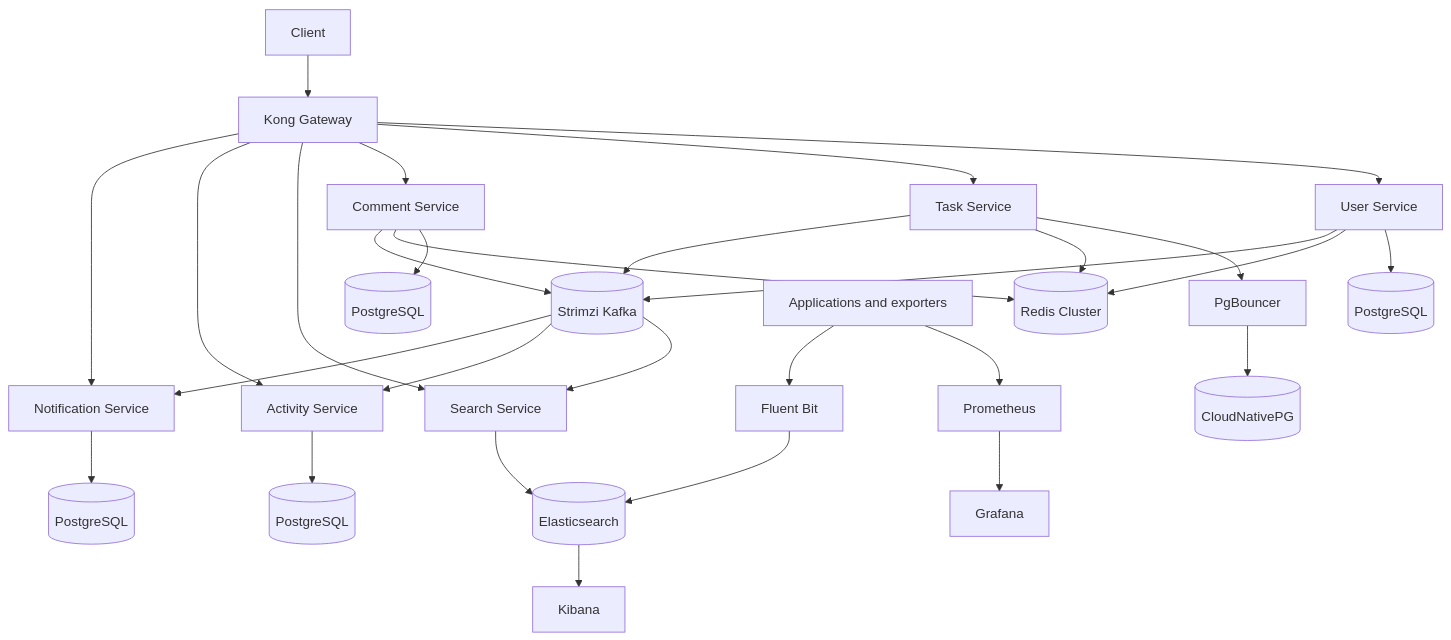
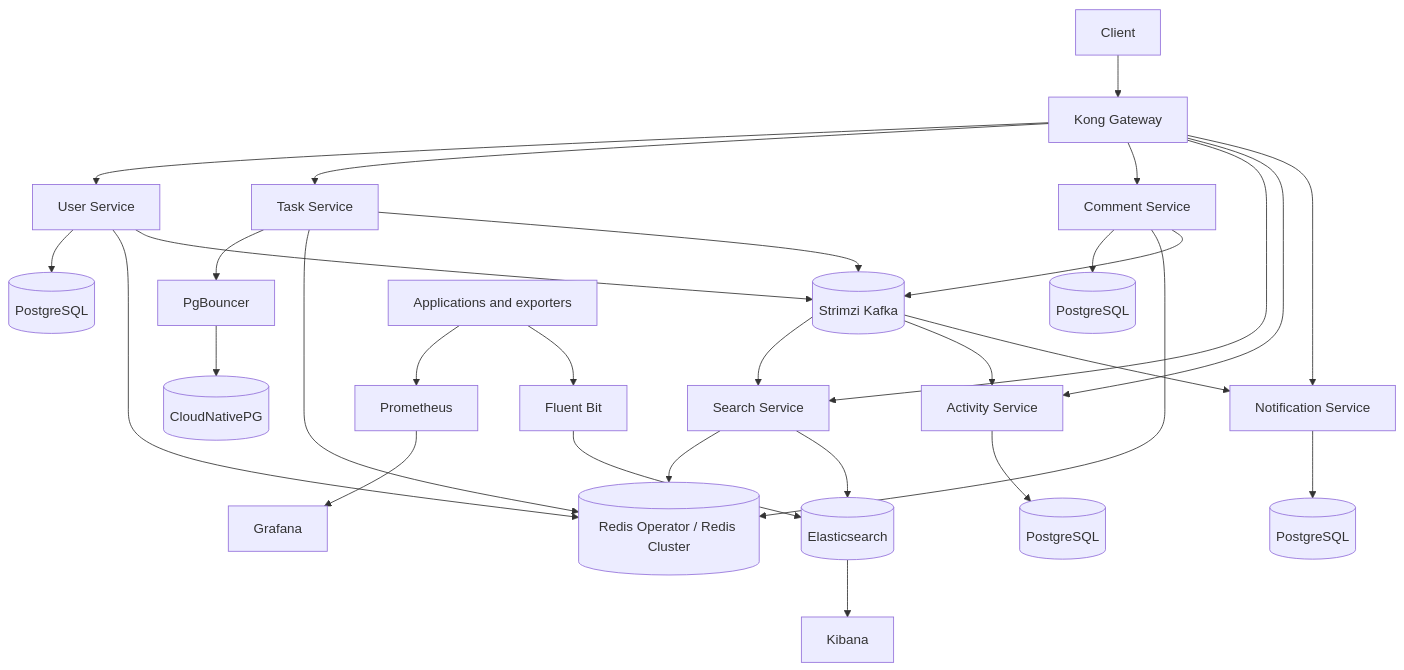
One commit to wolfixor/full-microservice-kubernetes-compose changed the diagram in README.md. Above: the diagram before and after it, drawn with Mermaid. The commit also changed other lines of this file and 7 other files, not shown here.

Commit message:
document operator-managed redis flow

````diff
--- a/README.md
+++ b/README.md
@@ -9,28 +9,28 @@
 ```mermaid
 flowchart TB
     Client --> Kong[Kong Gateway]
     Kong --> User[User Service]
     Kong --> Task[Task Service]
     Kong --> Comment[Comment Service]
     Kong --> Search[Search Service]
     Kong --> Activity[Activity Service]
     Kong --> Notification[Notification Service]
 
     User --> UserDB[(PostgreSQL)]
     Task --> Pooler[PgBouncer]
     Pooler --> CNPG[(CloudNativePG)]
     Comment --> CommentDB[(PostgreSQL)]
     Activity --> ActivityDB[(PostgreSQL)]
     Notification --> NotificationDB[(PostgreSQL)]
 
-    User & Task & Comment --> Redis[(Redis Cluster)]
+    User & Task & Comment & Search --> Redis[(Redis Operator / Redis Cluster)]
     User & Task & Comment --> Kafka[(Strimzi Kafka)]
     Kafka --> Search & Activity & Notification
     Search --> Elasticsearch[(Elasticsearch)]
 
     Apps[Applications and exporters] --> Prometheus
     Prometheus --> Grafana
     Apps --> FluentBit[Fluent Bit]
     FluentBit --> Elasticsearch
     Elasticsearch --> Kibana
 ```
````
